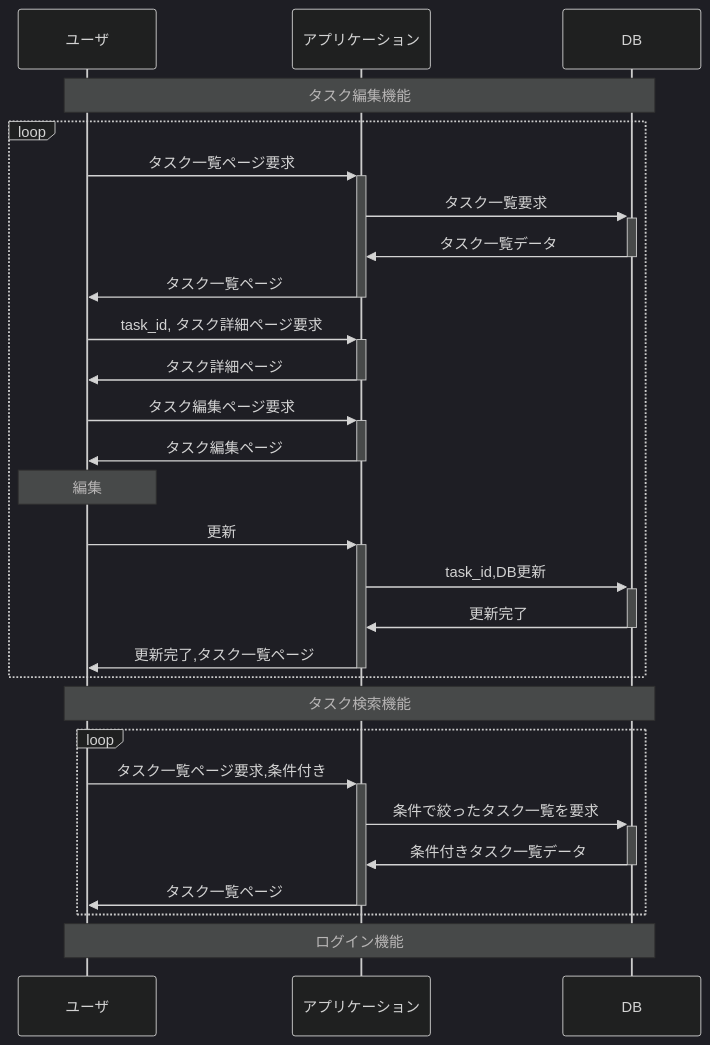
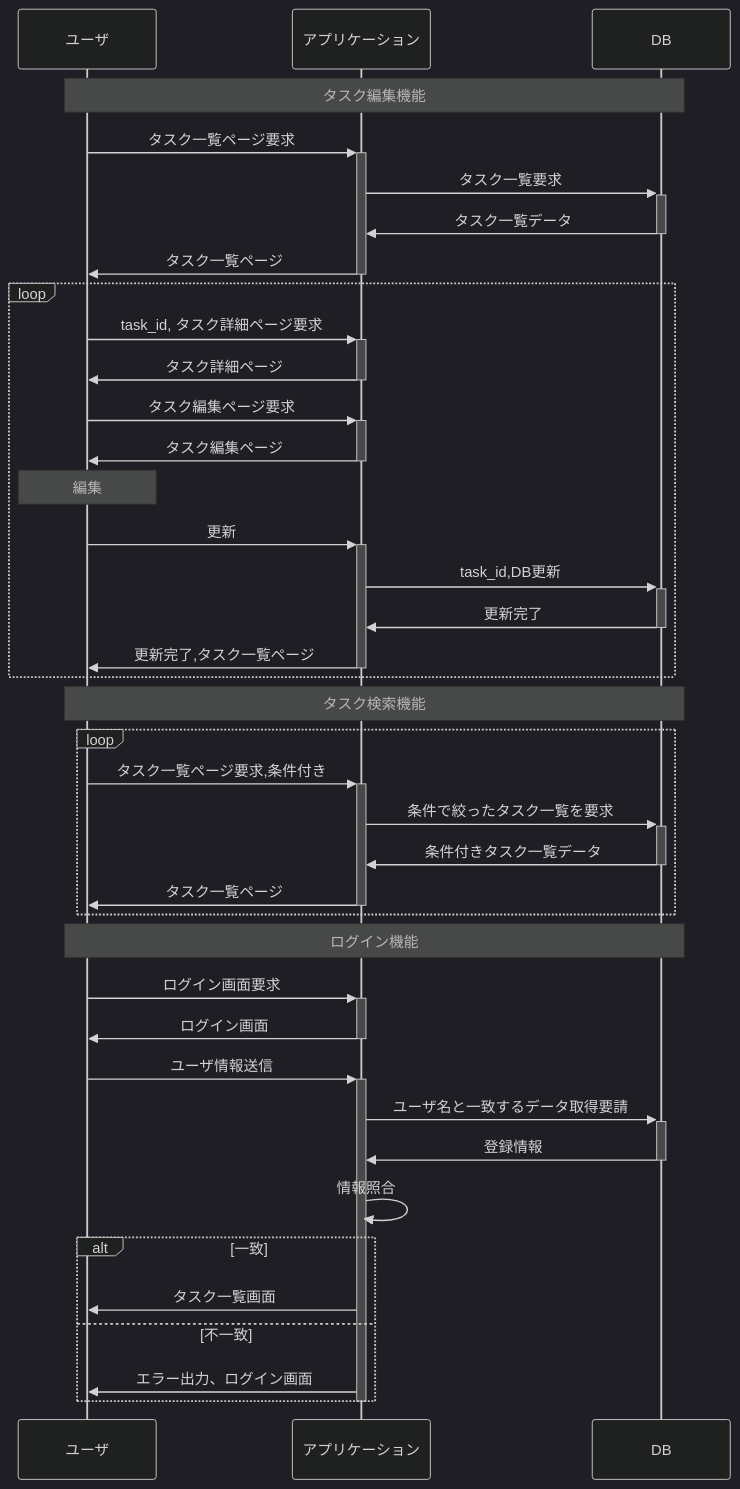
The diagram in taskSQ2_2.md (HH-H5/todolist), drawn with Mermaid (dark theme) before and after one commit. The commit also changed 4 other files, not shown here.

````diff
--- a/taskSQ2_2.md
+++ b/taskSQ2_2.md
@@ -1,35 +1,50 @@
 ```mermaid
 
 sequenceDiagram
 participant usr as ユーザ
 participant app as アプリケーション
 participant dbs as DB
 
 Note over usr, dbs: タスク編集機能
-loop
+
 usr ->>+ app: タスク一覧ページ要求
 app ->>+ dbs: タスク一覧要求
 dbs ->>- app: タスク一覧データ
 app ->>- usr: タスク一覧ページ
+loop
 usr ->>+ app: task_id, タスク詳細ページ要求
 app ->>- usr: タスク詳細ページ
 usr ->>+ app: タスク編集ページ要求
 app ->>- usr: タスク編集ページ
 Note over usr : 編集
 usr ->>+ app: 更新
 app ->>+ dbs: task_id,DB更新
 dbs ->>- app: 更新完了
 app ->>- usr: 更新完了,タスク一覧ページ
 end
 
 Note over usr, dbs: タスク検索機能
 loop
 usr ->>+ app: タスク一覧ページ要求,条件付き
 app ->>+ dbs: 条件で絞ったタスク一覧を要求
 dbs ->>- app: 条件付きタスク一覧データ
 app ->>- usr: タスク一覧ページ
 end
 
 Note over usr, dbs: ログイン機能
+usr ->>+ app: ログイン画面要求
+app ->>- usr: ログイン画面
+
+usr ->>+ app: ユーザ情報送信
+app ->>+ dbs: ユーザ名と一致するデータ取得要請
+dbs ->>- app: 登録情報
+app ->>  app: 情報照合
+alt 一致
+    app ->> usr: タスク一覧画面
+else 不一致
+    app ->> usr: エラー出力、ログイン画面
+end
+
+deactivate app
 
 ```
````
